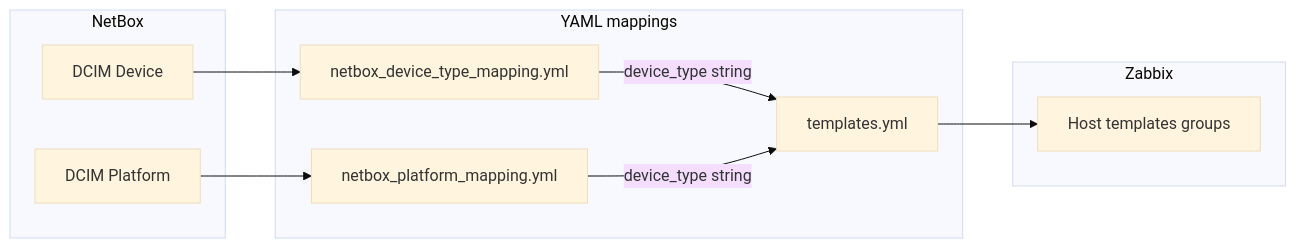
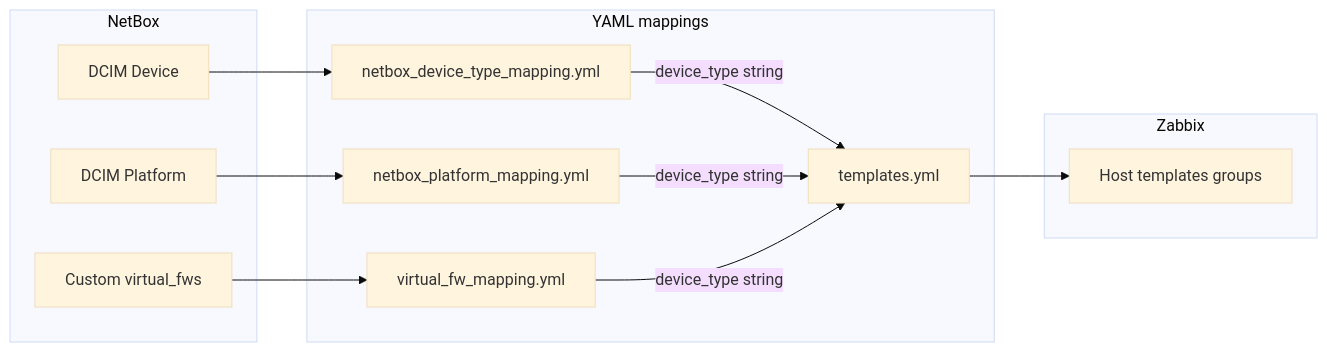
Before and after one commit to Duosis-Developer-Team/project-zabake: the diagram in zabbix-netbox/docs/mappings/README.md, drawn with Mermaid (base theme). The commit also changed other lines of this file and 13 other files, not shown here.

````diff
--- a/zabbix-netbox/docs/mappings/README.md
+++ b/zabbix-netbox/docs/mappings/README.md
@@ -7,20 +7,24 @@
 ```mermaid
 flowchart LR
   subgraph netbox [NetBox]
     Device[DCIM Device]
     Platform[DCIM Platform]
+    VFW[Custom virtual_fws]
   end
   subgraph yaml [YAML mappings]
     DTM[netbox_device_type_mapping.yml]
     PM[netbox_platform_mapping.yml]
+    VFM[virtual_fw_mapping.yml]
     TPL[templates.yml]
   end
   subgraph zbx [Zabbix]
     Host[Host templates groups]
   end
   Device --> DTM
   DTM -->|"device_type string"| TPL
   Platform --> PM
   PM -->|"device_type string"| TPL
+  VFW --> VFM
+  VFM -->|"device_type string"| TPL
   TPL --> Host
 ```
````
